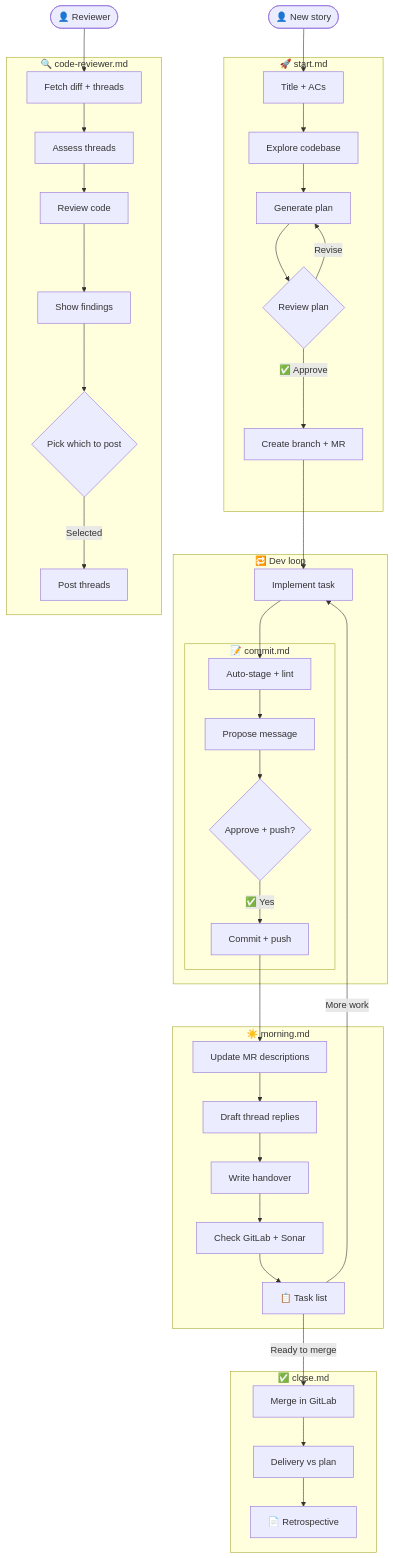
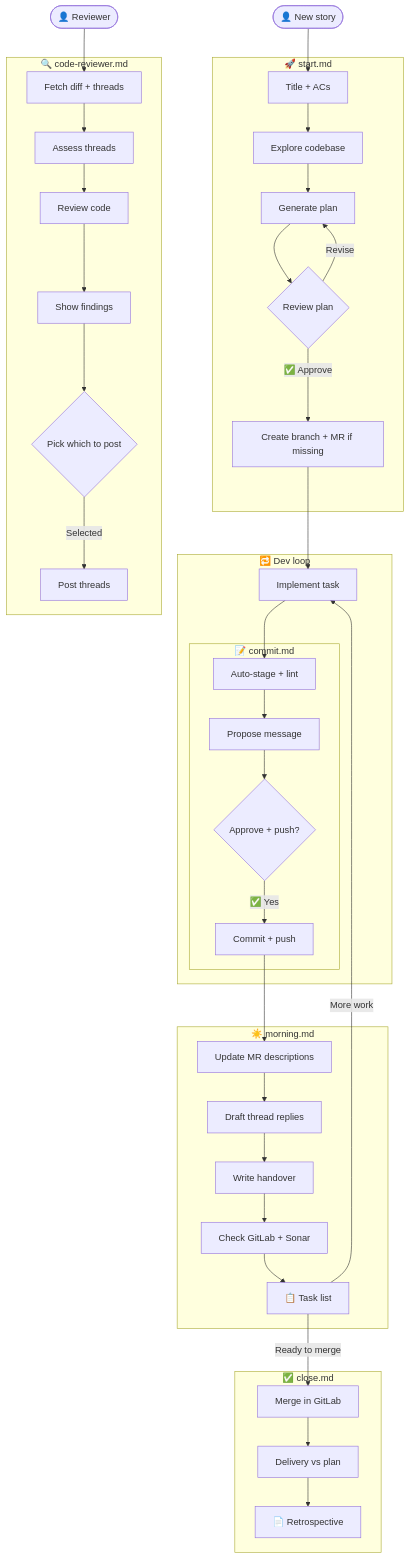
The first of 2 diagrams in README.md (siwardean/cline-workflow), drawn with Mermaid before and after one commit.

Commit message:
docs(readme): update start diagram to reflect branch/MR skip behaviour
Change 'Create branch + MR' to 'Create branch + MR if missing' to match
the updated start workflow that skips creation of what already exists.

https://claude.ai/code/session_01KbcH73n3BF1EWh9Mv8rNMk

````diff
--- a/README.md
+++ b/README.md
@@ -11,49 +11,49 @@
 ```mermaid
 flowchart TD
     A([👤 New story]) --> B
 
     subgraph S["🚀 start.md"]
         B[Title + ACs] --> C[Explore codebase]
         C --> D[Generate plan]
         D --> E{Review plan}
         E -->|Revise| D
-        E -->|✅ Approve| F[Create branch + MR]
+        E -->|✅ Approve| F[Create branch + MR if missing]
     end
 
     F --> G
     REVIEWER([👤 Reviewer]) --> RA
 
     subgraph LOOP["🔁 Dev loop"]
         G[Implement task] --> H
         subgraph COMMIT["📝 commit.md"]
             H[Auto-stage + lint] --> I[Propose message]
             I --> J{Approve + push?}
             J -->|✅ Yes| K[Commit + push]
         end
     end
 
     subgraph REVIEW["🔍 code-reviewer.md"]
         RA[Fetch diff + threads] --> RB[Assess threads]
         RB --> RC[Review code]
         RC --> RD[Show findings]
         RD --> RE{Pick which to post}
         RE -->|Selected| RF[Post threads]
     end
 
     K --> L
 
     subgraph MORNING["☀️ morning.md"]
         L[Update MR descriptions] --> M[Draft thread replies]
         M --> N[Write handover]
         N --> O[Check GitLab + Sonar]
         O --> P[📋 Task list]
     end
 
     P -->|More work| G
     P -->|Ready to merge| Q
 
     subgraph CLOSE["✅ close.md"]
         Q[Merge in GitLab] --> R[Delivery vs plan]
         R --> T[📄 Retrospective]
     end
 ```
````
